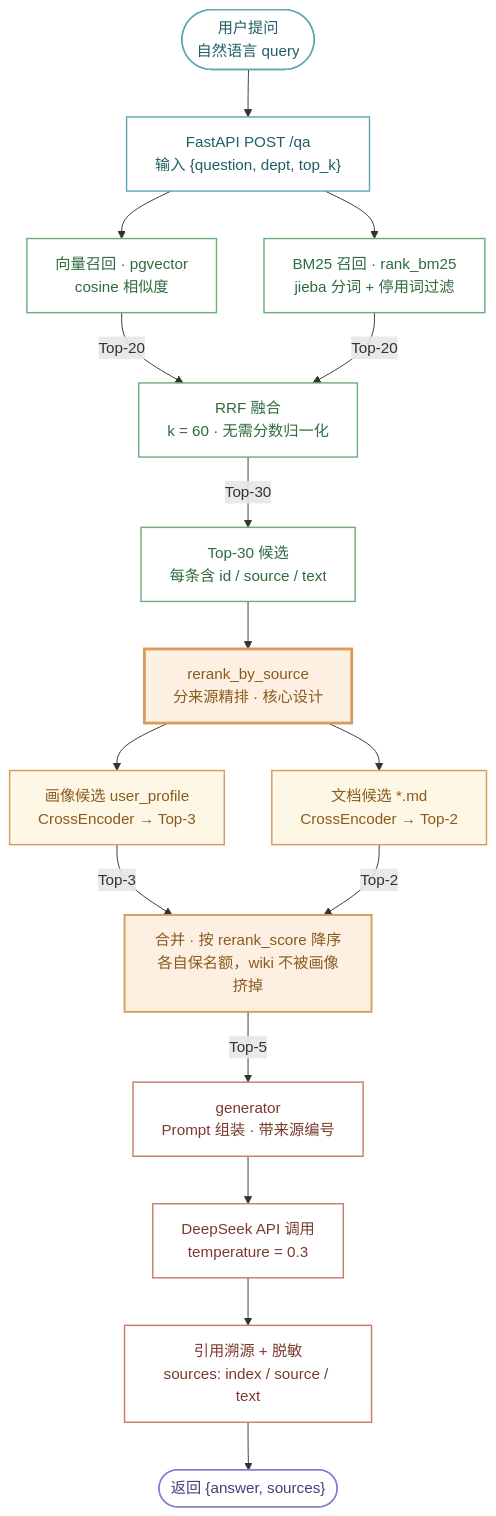
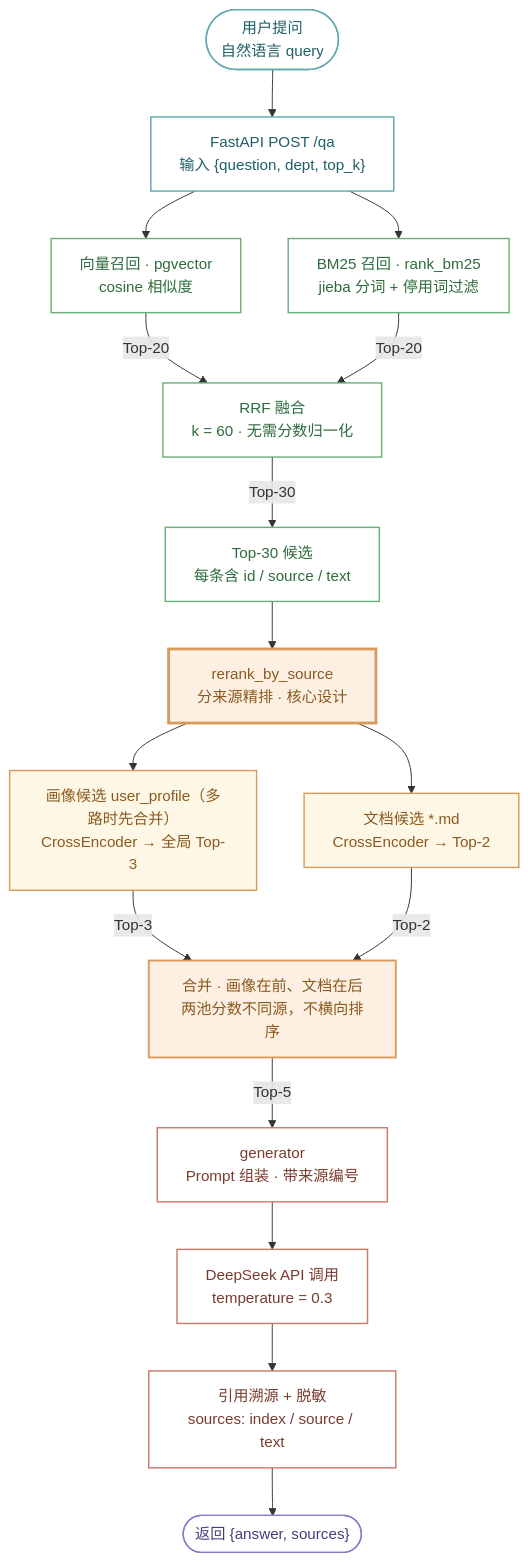
The second of 4 diagrams in docs/architecture-diagrams.md (Zorien-ai/qianke-engine), drawn with Mermaid before and after one commit. The commit also changed other lines of this file and 12 other files, not shown here.

````diff
--- a/docs/architecture-diagrams.md
+++ b/docs/architecture-diagrams.md
@@ -114,51 +114,51 @@
 ```mermaid
 flowchart TD
     U(["用户提问<br/>自然语言 query"])
     API["FastAPI POST /qa<br/>输入 {question, dept, top_k}"]
 
     V["向量召回 · pgvector<br/>cosine 相似度"]
     B["BM25 召回 · rank_bm25<br/>jieba 分词 + 停用词过滤"]
     RRF["RRF 融合<br/>k = 60 · 无需分数归一化"]
     C30["Top-30 候选<br/>每条含 id / source / text"]
 
     RS["rerank_by_source<br/>分来源精排 · 核心设计"]
-    RP["画像候选 user_profile<br/>CrossEncoder → Top-3"]
+    RP["画像候选 user_profile（多路时先合并）<br/>CrossEncoder → 全局 Top-3"]
     RW["文档候选 *.md<br/>CrossEncoder → Top-2"]
-    MG["合并 · 按 rerank_score 降序<br/>各自保名额，wiki 不被画像挤掉"]
+    MG["合并 · 画像在前、文档在后<br/>两池分数不同源，不横向排序"]
 
     GEN["generator<br/>Prompt 组装 · 带来源编号"]
     LLM["DeepSeek API 调用<br/>temperature = 0.3"]
     CIT["引用溯源 + 脱敏<br/>sources: index / source / text"]
     OUT(["返回 {answer, sources}"])
 
     U --> API
     API --> V
     API --> B
     V -->|"Top-20"| RRF
     B -->|"Top-20"| RRF
     RRF -->|"Top-30"| C30
     C30 --> RS
     RS --> RP
     RS --> RW
     RP -->|"Top-3"| MG
     RW -->|"Top-2"| MG
     MG -->|"Top-5"| GEN
     GEN --> LLM
     LLM --> CIT
     CIT --> OUT
 
     classDef cIn fill:#FFFFFF,stroke:#5EA8AE,stroke-width:1.5px,color:#1F5F66
     classDef cRec fill:#FFFFFF,stroke:#6BAF7B,stroke-width:1.5px,color:#2E6B3E
     classDef cRank fill:#FFF7E6,stroke:#D99B5C,stroke-width:1.5px,color:#8A5A1E
     classDef cGen fill:#FFFFFF,stroke:#C97B6B,stroke-width:1.5px,color:#7A3B2E
     classDef cOut fill:#FFFFFF,stroke:#8B7BC7,stroke-width:1.5px,color:#4A3B7A
 
     class U,API cIn
     class V,B,RRF,C30 cRec
     class RS,RP,RW,MG cRank
     class GEN,LLM,CIT cGen
     class OUT cOut
 
     style RS fill:#FDF0E3,stroke:#D99B5C,stroke-width:3px,color:#8A5A1E
     style MG fill:#FDF0E3,stroke:#D99B5C,stroke-width:2px,color:#8A5A1E
 ```
````
